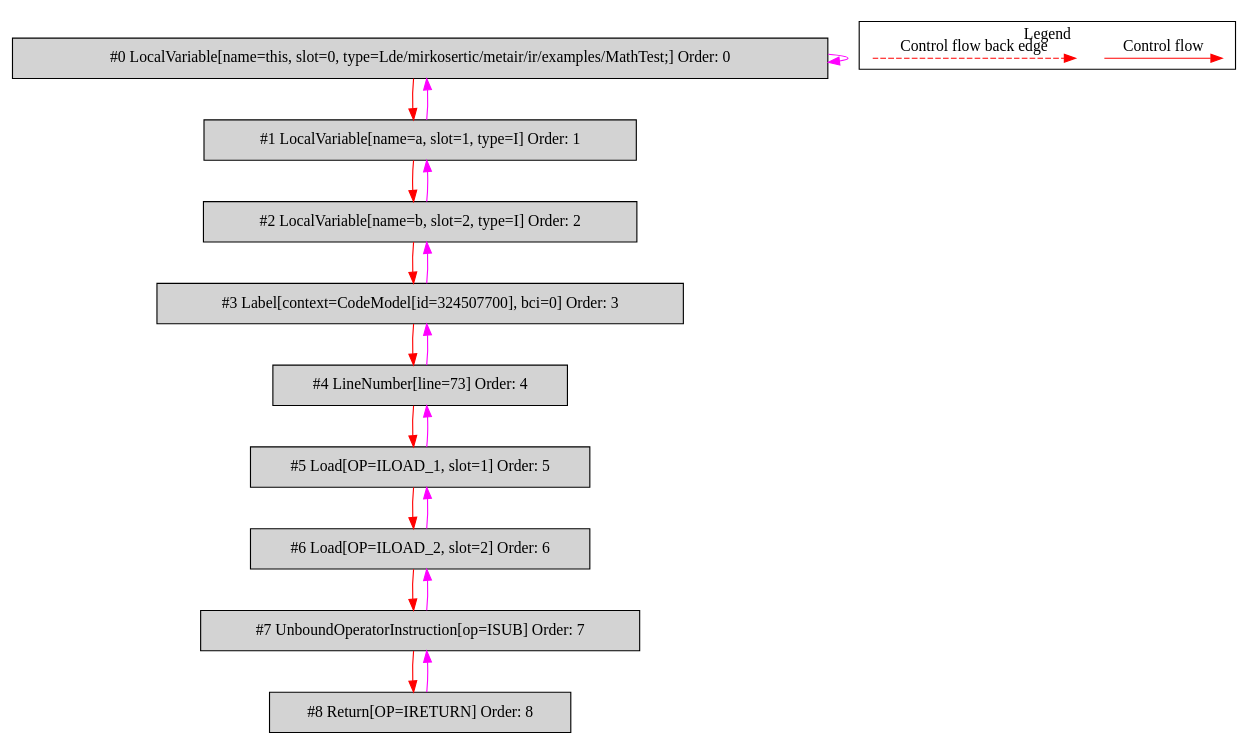
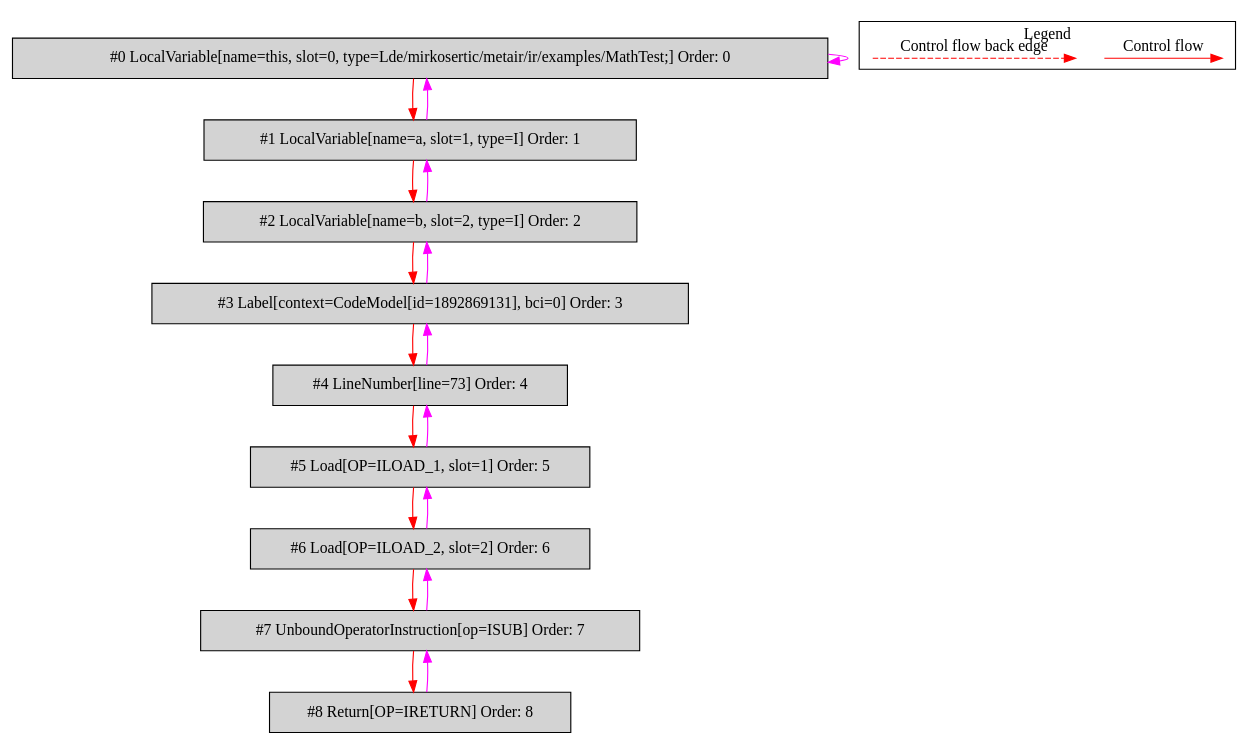
The diagram in de.mirkosertic.metair.ir.examples.MathTest/isub/bytecodecfg.dot (mirkosertic/MetaIR), drawn with Graphviz before and after one commit. The commit also changed 1265 other files, not shown here.

```diff
--- a/de.mirkosertic.metair.ir.examples.MathTest/isub/bytecodecfg.dot
+++ b/de.mirkosertic.metair.ir.examples.MathTest/isub/bytecodecfg.dot
@@ -1,43 +1,43 @@
 digraph {
  ordering="in";
  node0[label="#0 LocalVariable[name=this, slot=0, type=Lde/mirkosertic/metair/ir/examples/MathTest;] Order: 0", shape=box, fillcolor=lightgrey, style=filled];
  node1[label="#1 LocalVariable[name=a, slot=1, type=I] Order: 1", shape=box, fillcolor=lightgrey, style=filled];
  node2[label="#2 LocalVariable[name=b, slot=2, type=I] Order: 2", shape=box, fillcolor=lightgrey, style=filled];
- node3[label="#3 Label[context=CodeModel[id=324507700], bci=0] Order: 3", shape=box, fillcolor=lightgrey, style=filled];
+ node3[label="#3 Label[context=CodeModel[id=1892869131], bci=0] Order: 3", shape=box, fillcolor=lightgrey, style=filled];
  node4[label="#4 LineNumber[line=73] Order: 4", shape=box, fillcolor=lightgrey, style=filled];
  node5[label="#5 Load[OP=ILOAD_1, slot=1] Order: 5", shape=box, fillcolor=lightgrey, style=filled];
  node6[label="#6 Load[OP=ILOAD_2, slot=2] Order: 6", shape=box, fillcolor=lightgrey, style=filled];
  node7[label="#7 UnboundOperatorInstruction[op=ISUB] Order: 7", shape=box, fillcolor=lightgrey, style=filled];
  node8[label="#8 Return[OP=IRETURN] Order: 8", shape=box, fillcolor=lightgrey, style=filled];
  node0 -> node0[color=fuchsia];
  node0 -> node1[color=red];
  node1 -> node0[color=fuchsia];
  node1 -> node2[color=red];
  node2 -> node1[color=fuchsia];
  node2 -> node3[color=red];
  node3 -> node2[color=fuchsia];
  node3 -> node4[color=red];
  node4 -> node3[color=fuchsia];
  node4 -> node5[color=red];
  node5 -> node4[color=fuchsia];
  node5 -> node6[color=red];
  node6 -> node5[color=fuchsia];
  node6 -> node7[color=red];
  node7 -> node6[color=fuchsia];
  node7 -> node8[color=red];
  node8 -> node7[color=fuchsia];
  subgraph cluster_000 {
   label = "Legend";
   node [shape=point]
   {
    rank=same;
    c0 [style = invis];
    c1 [style = invis];
    c2 [style = invis];
    c3 [style = invis];
   }
   c0 -> c1 [label="Control flow", style=solid, color=red]
   c2 -> c3 [label="Control flow back edge", style=dashed, color=red]
  }
 
 }
```
